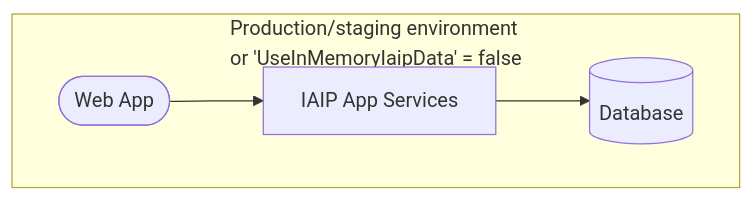
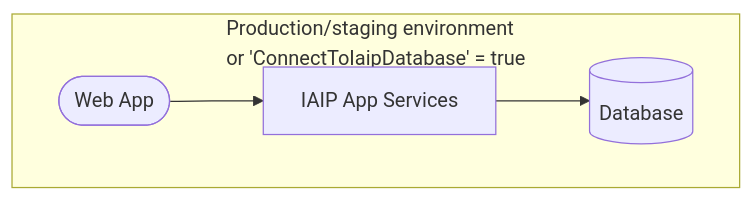
One commit to gaepdit/air-web changed the fifth of 5 diagrams in README.md. Above: the diagram before and after it, drawn with Mermaid. The commit also changed other lines of this file and 8 other files, not shown here.

Commit message:
Flip the IAIP database setting

````diff
--- a/README.md
+++ b/README.md
@@ -269,11 +269,11 @@
 ```mermaid
 flowchart LR
-    subgraph SPB["Production/staging environment <br> or 'UseInMemoryIaipData' = false"]
+    subgraph SPB["Production/staging environment <br> or 'ConnectToIaipDatabase' = true"]
         direction LR
         A[IAIP App Services]
         W([Web App])
         B[(Database)]
         W --> A
         A --> B
     end
 ```
````
